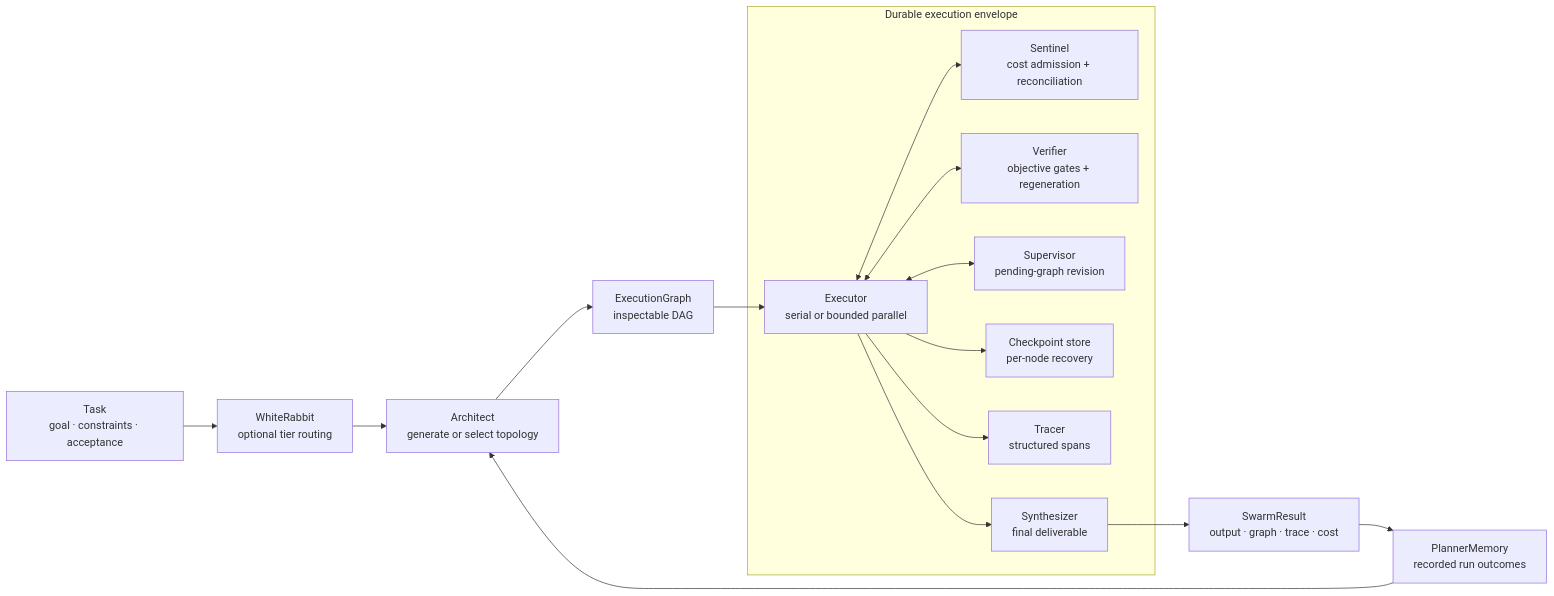
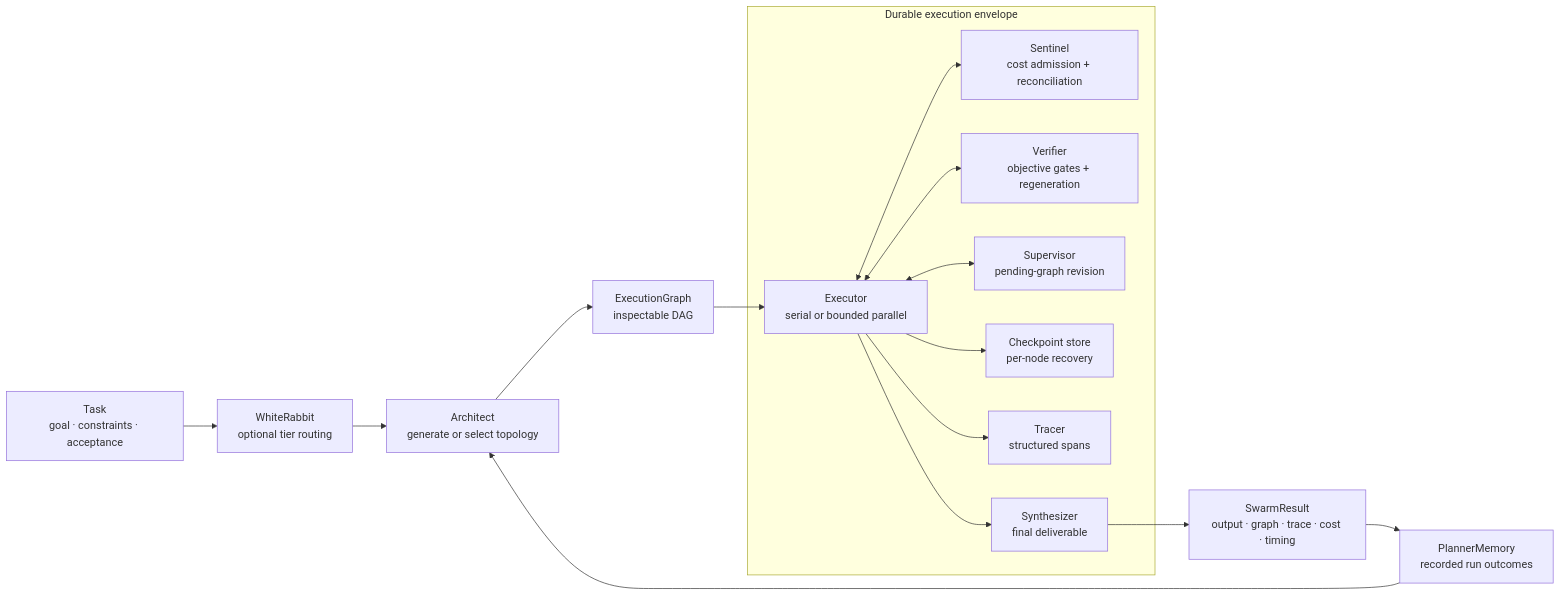
Before and after one commit to petehottelet/smythe: the diagram in docs/architecture.md, drawn with Mermaid. The commit also changed 14 other files, not shown here.

````diff
--- a/docs/architecture.md
+++ b/docs/architecture.md
@@ -8,29 +8,29 @@
 ```mermaid
 %%{init: {"theme":"base","themeVariables":{"fontFamily":"Georgia, 'Times New Roman', serif","fontSize":"14px","primaryColor":"#ffffff","primaryTextColor":"#000000","primaryBorderColor":"#000000","lineColor":"#000000","secondaryColor":"#ffffff","tertiaryColor":"#ffffff","background":"#ffffff","mainBkg":"#ffffff","clusterBkg":"#ffffff","clusterBorder":"#000000"},"flowchart":{"curve":"basis","nodeSpacing":48,"rankSpacing":58}}}%%
 flowchart LR
     task["Task<br/>goal · constraints · acceptance"]
     router["WhiteRabbit<br/>optional tier routing"]
     architect["Architect<br/>generate or select topology"]
     dag["ExecutionGraph<br/>inspectable DAG"]
 
     subgraph envelope["Durable execution envelope"]
         executor["Executor<br/>serial or bounded parallel"]
         sentinel["Sentinel<br/>cost admission + reconciliation"]
         verifier["Verifier<br/>objective gates + regeneration"]
         supervisor["Supervisor<br/>pending-graph revision"]
         checkpoint["Checkpoint store<br/>per-node recovery"]
         tracer["Tracer<br/>structured spans"]
         synthesizer["Synthesizer<br/>final deliverable"]
     end
 
-    result["SwarmResult<br/>output · graph · trace · cost"]
+    result["SwarmResult<br/>output · graph · trace · cost · timing"]
     memory["PlannerMemory<br/>recorded run outcomes"]
 
     task --> router --> architect --> dag --> executor --> synthesizer --> result
     executor <--> sentinel
     executor <--> verifier
     executor <--> supervisor
     executor --> checkpoint
     executor --> tracer
     result --> memory --> architect
 ```
````
